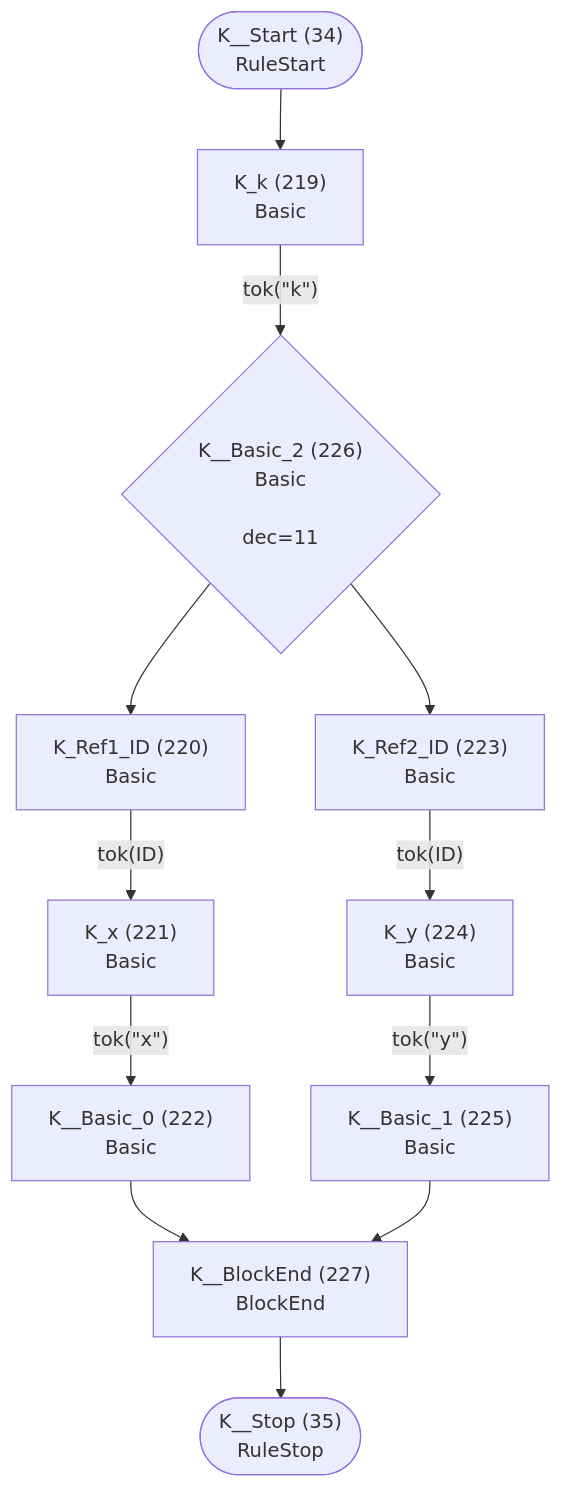
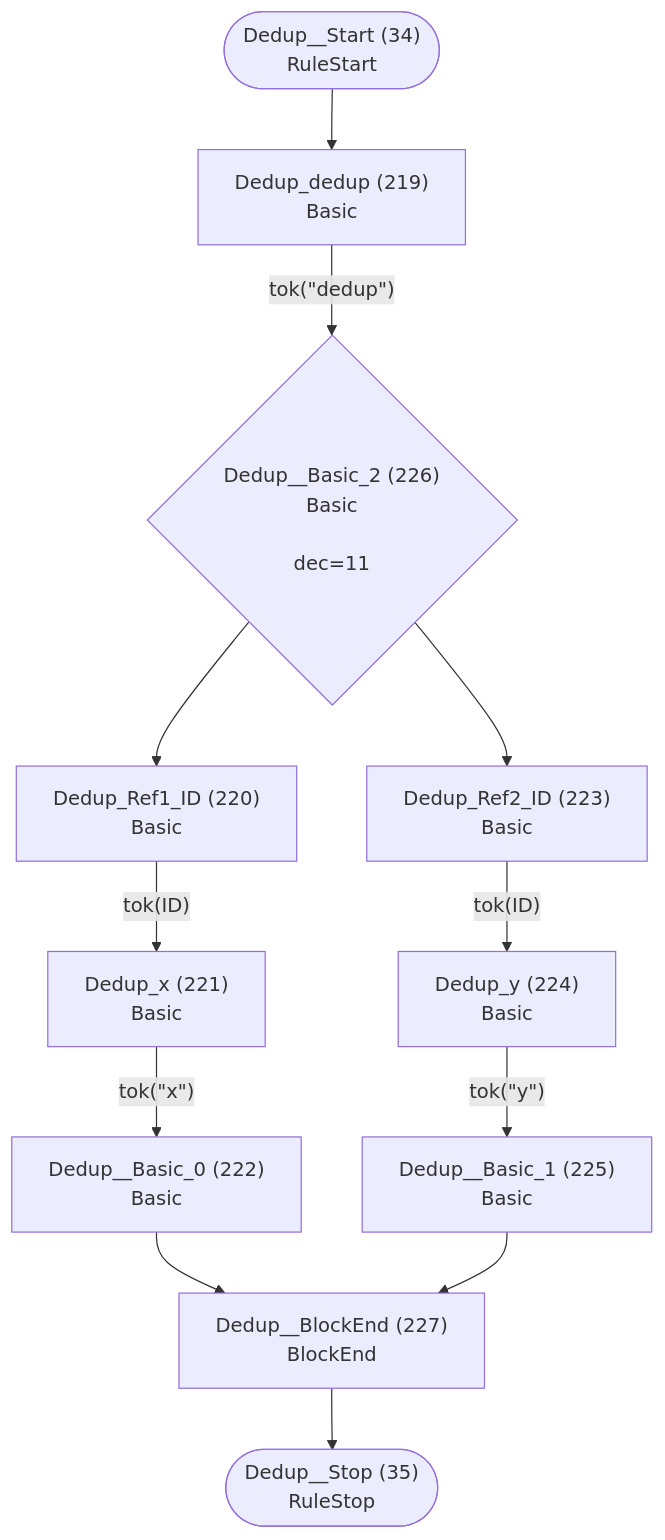
Before and after one commit to TypeFox/fastbelt: diagram 18 of 41 in internal/languages/completion/atn.md, drawn with Mermaid. The commit also changed other lines of this file and 11 other files, not shown here.

````diff
--- a/internal/languages/completion/atn.md
+++ b/internal/languages/completion/atn.md
@@ -483,26 +483,26 @@
 ```mermaid
 flowchart TD
-    q34(["K__Start (34)<br/>RuleStart"])
-    q35(["K__Stop (35)<br/>RuleStop"])
-    q219["K_k (219)<br/>Basic<br/>"]
-    q220["K_Ref1_ID (220)<br/>Basic<br/>"]
-    q221["K_x (221)<br/>Basic<br/>"]
-    q222["K__Basic_0 (222)<br/>Basic<br/>"]
-    q223["K_Ref2_ID (223)<br/>Basic<br/>"]
-    q224["K_y (224)<br/>Basic<br/>"]
-    q225["K__Basic_1 (225)<br/>Basic<br/>"]
-    q226{"K__Basic_2 (226)<br/>Basic<br/><br/>dec=11"}
-    q227["K__BlockEnd (227)<br/>BlockEnd<br/>"]
+    q34(["Dedup__Start (34)<br/>RuleStart"])
+    q35(["Dedup__Stop (35)<br/>RuleStop"])
+    q219["Dedup_dedup (219)<br/>Basic<br/>"]
+    q220["Dedup_Ref1_ID (220)<br/>Basic<br/>"]
+    q221["Dedup_x (221)<br/>Basic<br/>"]
+    q222["Dedup__Basic_0 (222)<br/>Basic<br/>"]
+    q223["Dedup_Ref2_ID (223)<br/>Basic<br/>"]
+    q224["Dedup_y (224)<br/>Basic<br/>"]
+    q225["Dedup__Basic_1 (225)<br/>Basic<br/>"]
+    q226{"Dedup__Basic_2 (226)<br/>Basic<br/><br/>dec=11"}
+    q227["Dedup__BlockEnd (227)<br/>BlockEnd<br/>"]
 
     q34 --> q219
-    q219 -->|"tok(&quot;k&quot;)"| q226
+    q219 -->|"tok(&quot;dedup&quot;)"| q226
     q220 -->|"tok(ID)"| q221
     q221 -->|"tok(&quot;x&quot;)"| q222
     q222 --> q227
     q223 -->|"tok(ID)"| q224
     q224 -->|"tok(&quot;y&quot;)"| q225
     q225 --> q227
     q226 --> q220
     q226 --> q223
     q227 --> q35
 ```
````
